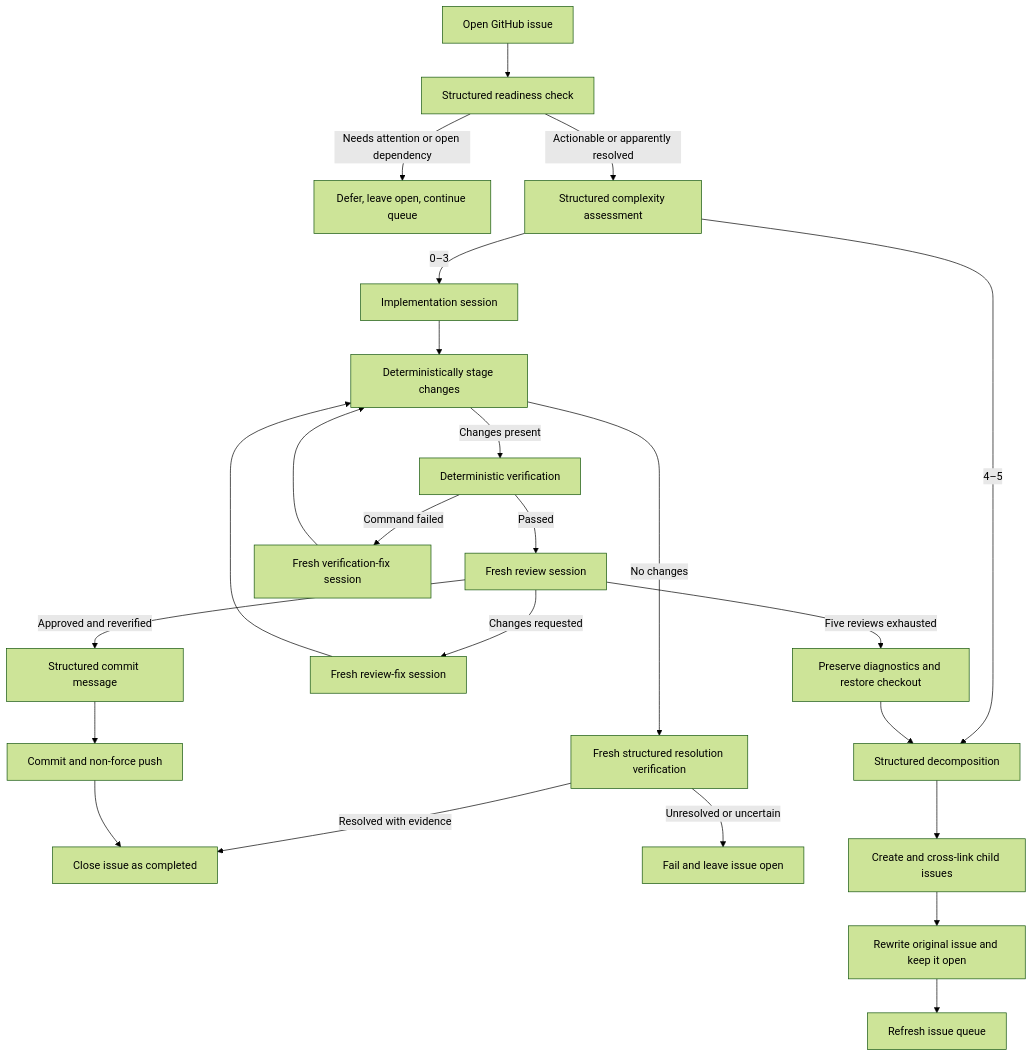
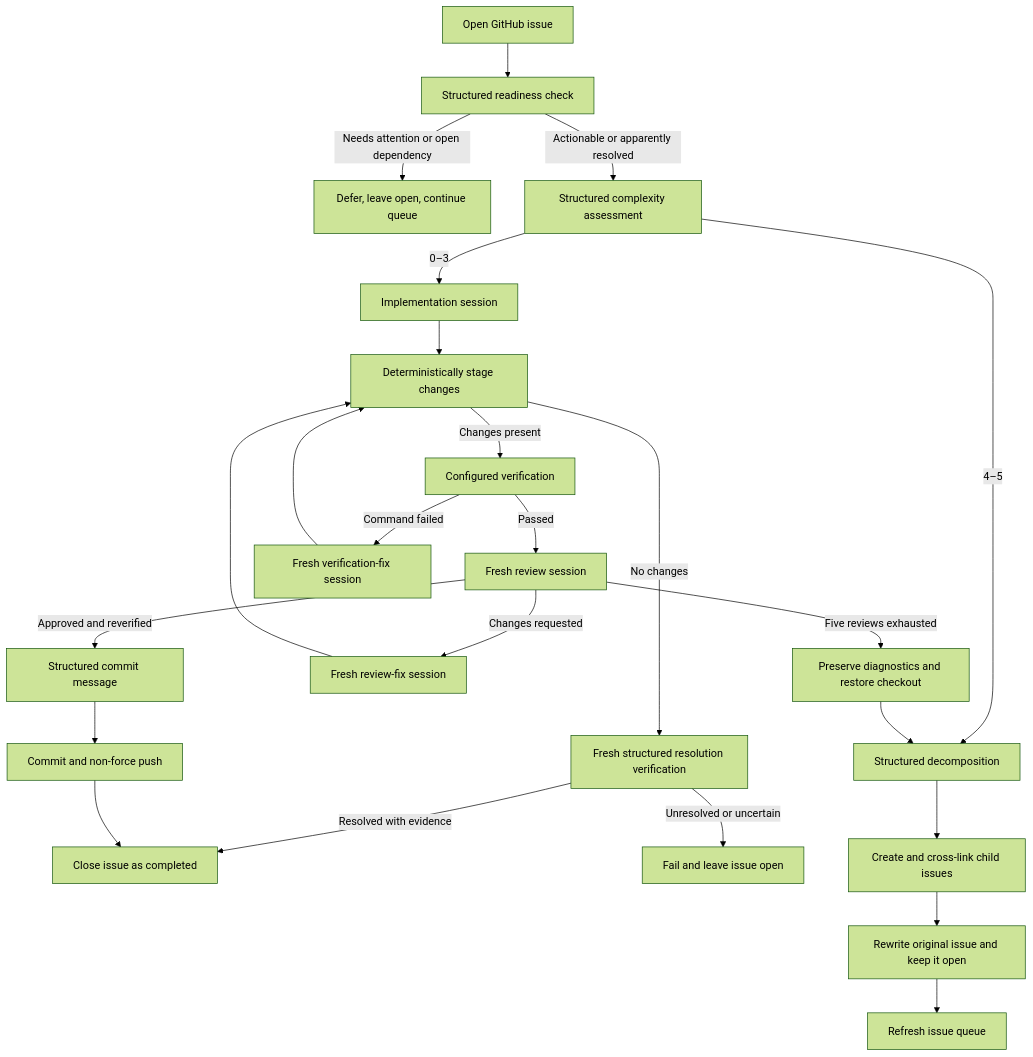
The first of 3 diagrams in docs/workflows.md (beremaran/ralphie), drawn with Mermaid (forest theme) before and after one commit. The commit also changed other lines of this file and 10 other files, not shown here.

First line of the commit message:
Make deterministic verification opt-in

````diff
--- a/docs/workflows.md
+++ b/docs/workflows.md
@@ -24,26 +24,26 @@
 ```mermaid
 flowchart TD
     A[Open GitHub issue] --> Z[Structured readiness check]
     Z -->|Needs attention or open dependency| Y[Defer, leave open, continue queue]
     Z -->|Actionable or apparently resolved| B[Structured complexity assessment]
     B -->|0–3| C[Implementation session]
     C --> D[Deterministically stage changes]
-    D -->|Changes present| V[Deterministic verification]
+    D -->|Changes present| V[Configured verification]
     V -->|Passed| E[Fresh review session]
     V -->|Command failed| R[Fresh verification-fix session]
     R --> D
     D -->|No changes| N[Fresh structured resolution verification]
     N -->|Resolved with evidence| O[Close issue as completed]
     N -->|Unresolved or uncertain| P[Fail and leave issue open]
     E -->|Approved and reverified| F[Structured commit message]
     E -->|Changes requested| G[Fresh review-fix session]
     G --> D
     E -->|Five reviews exhausted| H[Preserve diagnostics and restore checkout]
     B -->|4–5| I[Structured decomposition]
     H --> I
     I --> J[Create and cross-link child issues]
     J --> K[Rewrite original issue and keep it open]
     K --> L[Refresh issue queue]
     F --> M[Commit and non-force push]
     M --> O
 ```
````
